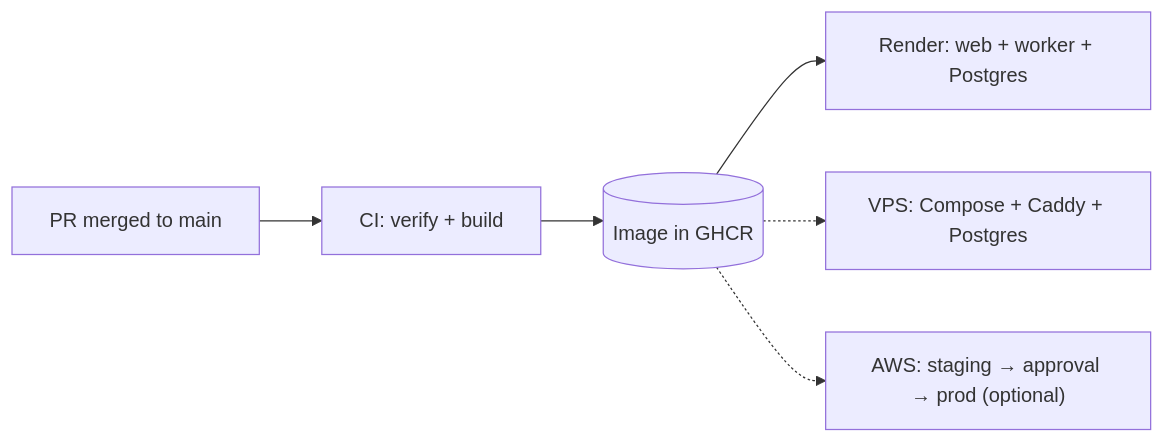
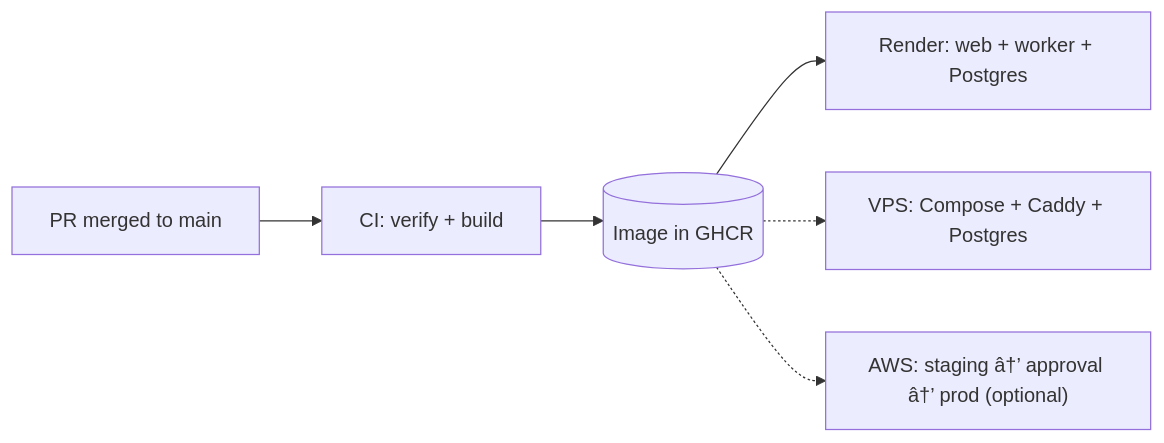
One commit to hinoahlee/launchpad changed the first of 3 diagrams in docs/roadmap/README.md. Above: the diagram before and after it, drawn with Mermaid. The commit also changed other lines of this file and 20 other files, not shown here.

Commit message:
feat: add Better Auth at /api/auth with its tables in our schema (step 10.1) (#63)

````diff
--- a/docs/roadmap/README.md
+++ b/docs/roadmap/README.md
@@ -78,8 +78,8 @@
 ```mermaid
 flowchart LR
   pr["PR merged to main"] --> ci["CI: verify + build"]
   ci --> reg[("Image in GHCR")]
   reg --> render["Render: web + worker + Postgres"]
   reg -.-> vps["VPS: Compose + Caddy + Postgres"]
-  reg -.-> aws["AWS: staging → approval → prod (optional)"]
+  reg -.-> aws["AWS: staging â†’ approval â†’ prod (optional)"]
 ```
````
